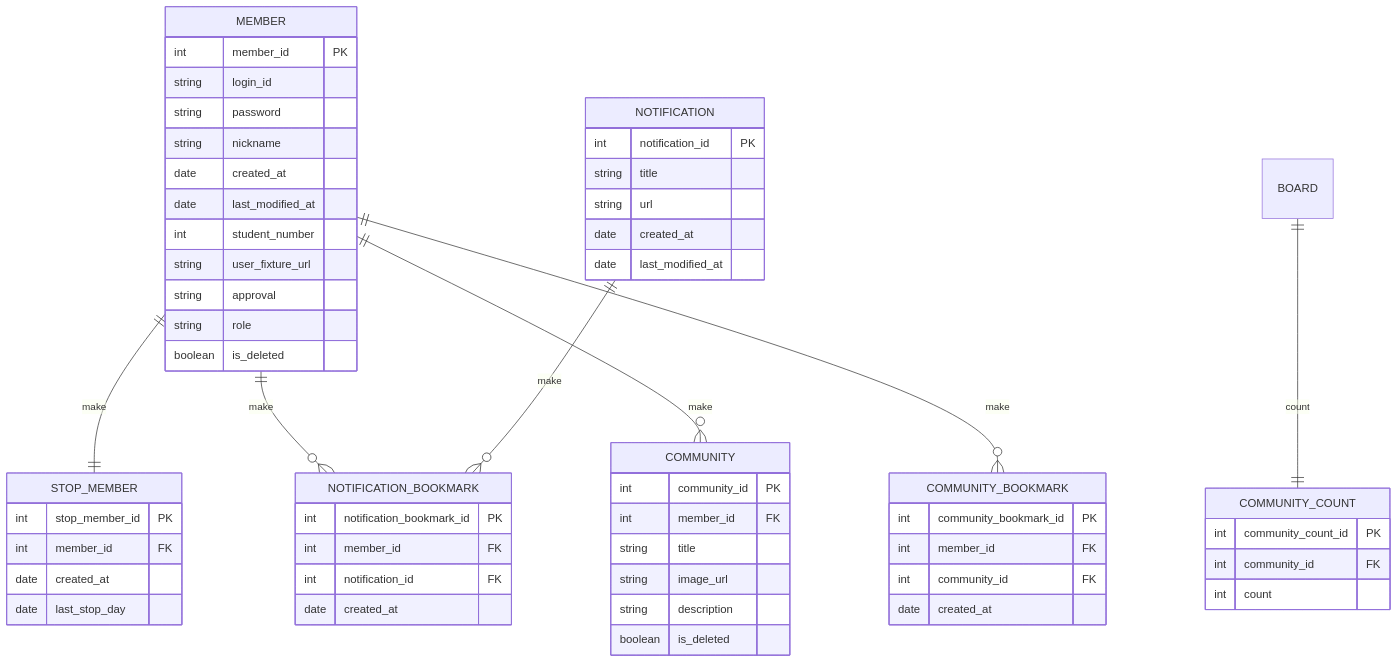
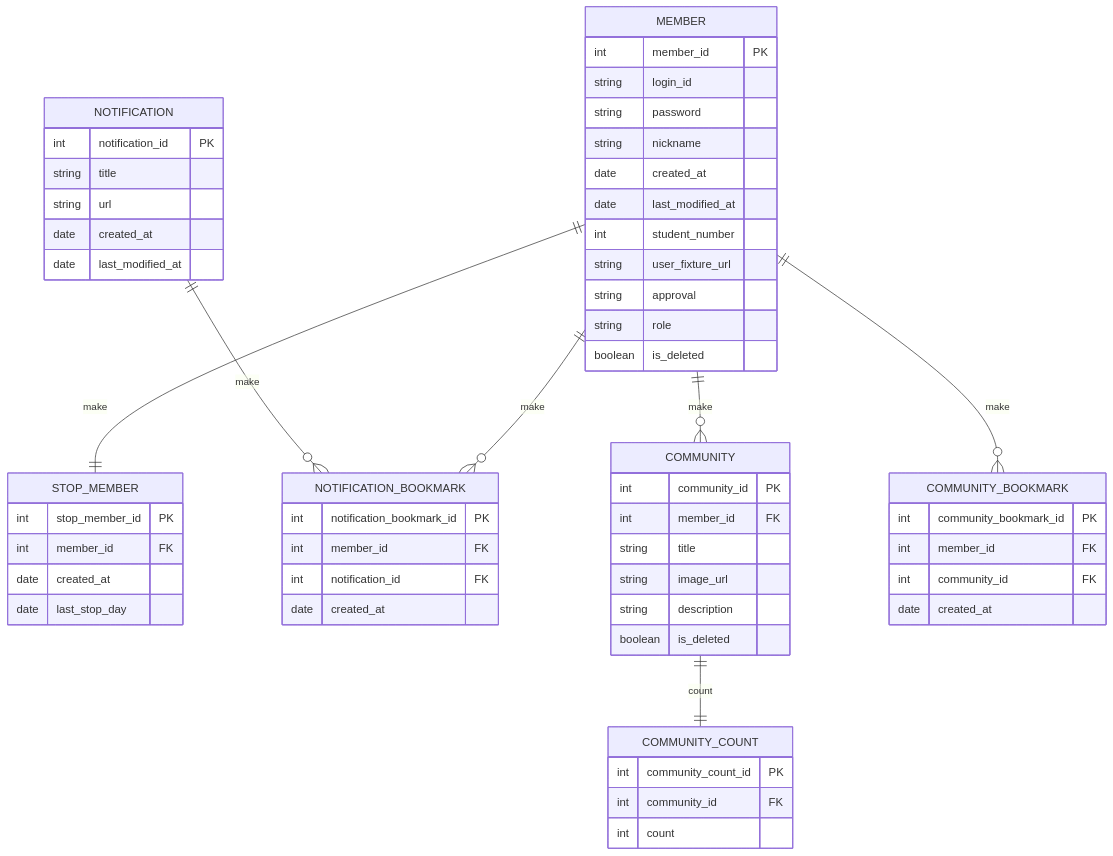
The second of 2 diagrams in README.md (android-project-04/cbnu-sw-alrami), drawn with Mermaid before and after one commit.

````diff
--- a/README.md
+++ b/README.md
@@ -68,67 +68,67 @@
 ``` mermaid
 erDiagram
     MEMBER ||--|| STOP_MEMBER : make
     MEMBER ||--o{ NOTIFICATION_BOOKMARK : make
     NOTIFICATION ||--o{ NOTIFICATION_BOOKMARK : make
     MEMBER ||--o{ COMMUNITY : make
     MEMBER ||--o{ COMMUNITY_BOOKMARK : make
-    BOARD ||--|| COMMUNITY_COUNT : count
+    COMMUNITY ||--|| COMMUNITY_COUNT : count
 
     MEMBER {
         int member_id PK
         string login_id
         string password
         string nickname
         date created_at
         date last_modified_at
         int student_number
         string user_fixture_url
         string approval
         string role
         boolean is_deleted
     }
 
     STOP_MEMBER {
         int stop_member_id PK
         int member_id FK
         date created_at
         date last_stop_day
     }
 
     NOTIFICATION_BOOKMARK {
         int notification_bookmark_id PK
         int member_id FK
         int notification_id FK
         date created_at
     }
 
     NOTIFICATION {
         int notification_id PK
         string title
         string url
         date created_at
         date last_modified_at
     }
 
     COMMUNITY_BOOKMARK {
         int community_bookmark_id PK
         int member_id FK
         int community_id FK
         date created_at
     }
 
     COMMUNITY {
         int community_id PK
         int member_id FK
         string title 
         string image_url
         string description
         boolean is_deleted
     }
 
     COMMUNITY_COUNT {
         int community_count_id PK
         int community_id FK
         int count
     }
 ```
````
